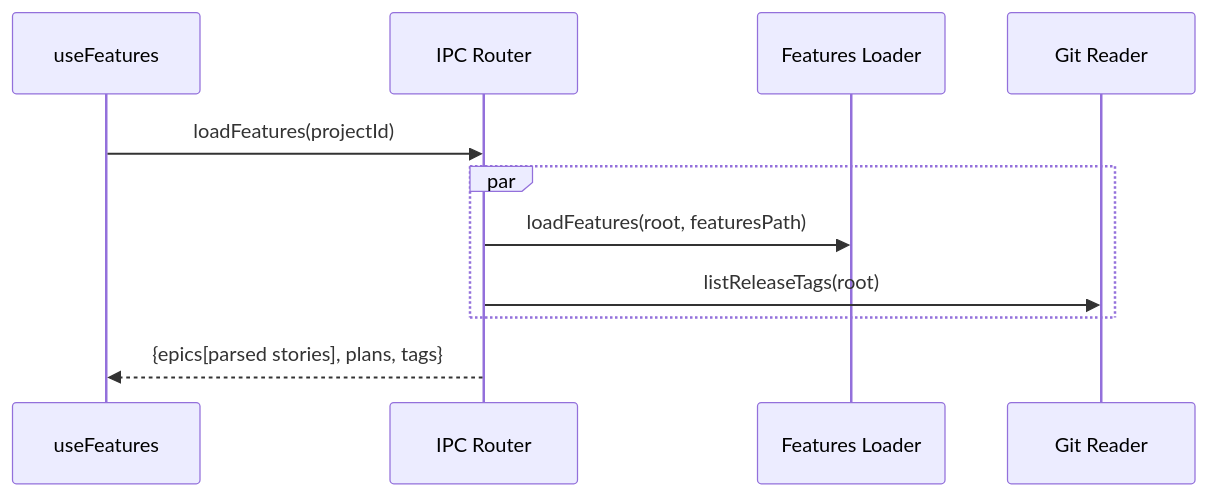
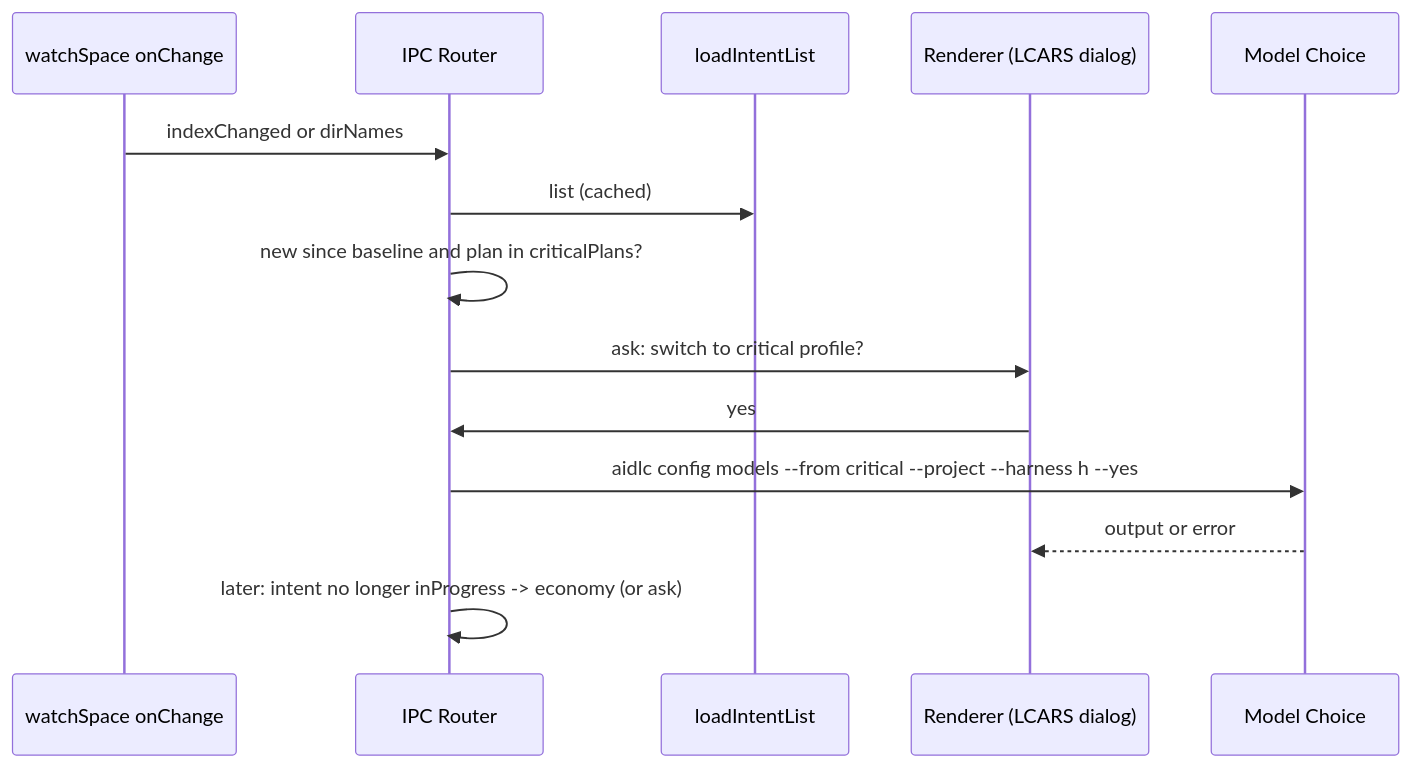
The fourth of 4 diagrams in aidlc/spaces/default/codekb/aidlc-dash/architecture.md (tochman/ai-dlc-thadeus), drawn with Mermaid before and after one commit. The commit also changed other lines of this file and 54 other files, not shown here.

First line of the commit message:
feat(US-0210): ask to switch model profile for critical intents (#66)

````diff
--- a/aidlc/spaces/default/codekb/aidlc-dash/architecture.md
+++ b/aidlc/spaces/default/codekb/aidlc-dash/architecture.md
@@ -141,13 +159,16 @@
 ```mermaid
 sequenceDiagram
-  participant UF as useFeatures
+  participant W as watchSpace onChange
   participant IPC as IPC Router
-  participant FL as Features Loader
-  participant GIT as Git Reader
-  UF->>IPC: loadFeatures(projectId)
-  par
-    IPC->>FL: loadFeatures(root, featuresPath)
-    IPC->>GIT: listReleaseTags(root)
-  end
-  IPC-->>UF: {epics[parsed stories], plans, tags}
+  participant PS as loadIntentList
+  participant R as Renderer (LCARS dialog)
+  participant MC as Model Choice
+  W->>IPC: indexChanged or dirNames
+  IPC->>PS: list (cached)
+  IPC->>IPC: new since baseline and plan in criticalPlans?
+  IPC->>R: ask: switch to critical profile?
+  R->>IPC: yes
+  IPC->>MC: aidlc config models --from critical --project --harness h --yes
+  MC-->>R: output or error
+  IPC->>IPC: later: intent no longer inProgress -> economy (or ask)
 ```
````
